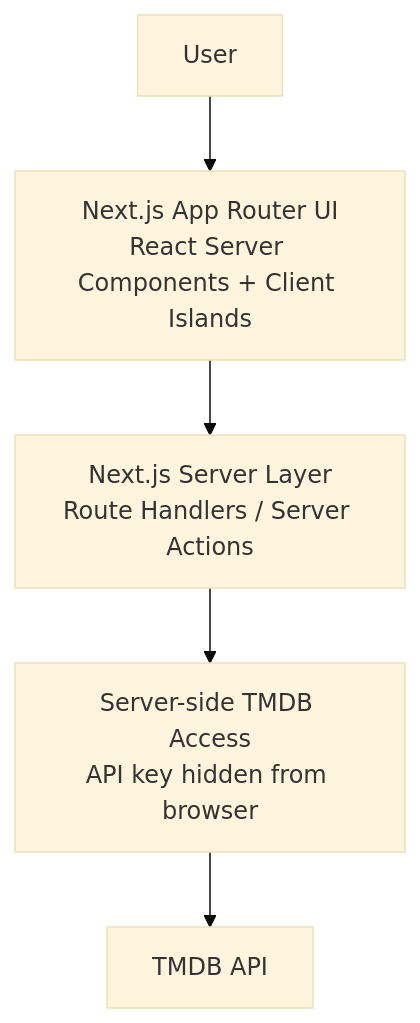
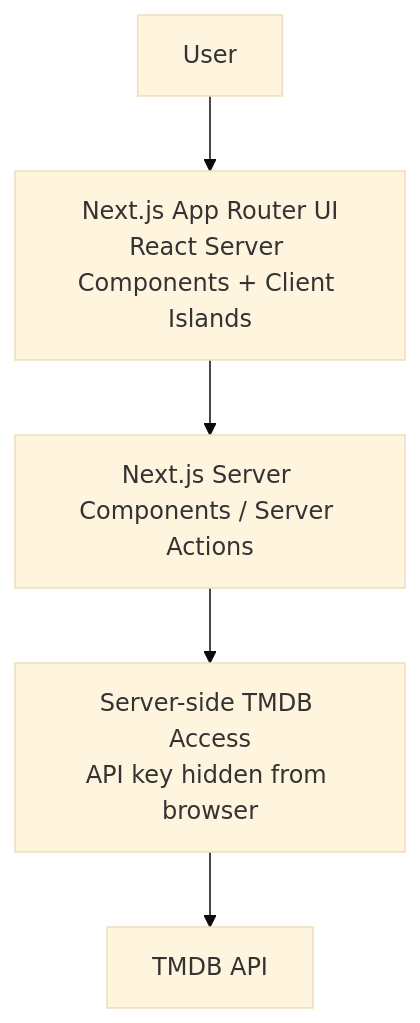
Before and after one commit to LuismGil/movie-explorer: the first of 3 diagrams in README.md, drawn with Mermaid (base theme). The commit also changed other lines of this file and 1 other file, not shown here.

````diff
--- a/README.md
+++ b/README.md
@@ -36,13 +41,13 @@
 ```mermaid
 flowchart TD
   User["User"]
   UI["Next.js App Router UI\nReact Server Components + Client Islands"]
-  Server["Next.js Server Layer\nRoute Handlers / Server Actions"]
+  Server["Next.js Server Components / Server Actions"]
   TMDBProxy["Server-side TMDB Access\nAPI key hidden from browser"]
   TMDB["TMDB API"]
 
   User --> UI
   UI --> Server
   Server --> TMDBProxy
   TMDBProxy --> TMDB
 ```
````
